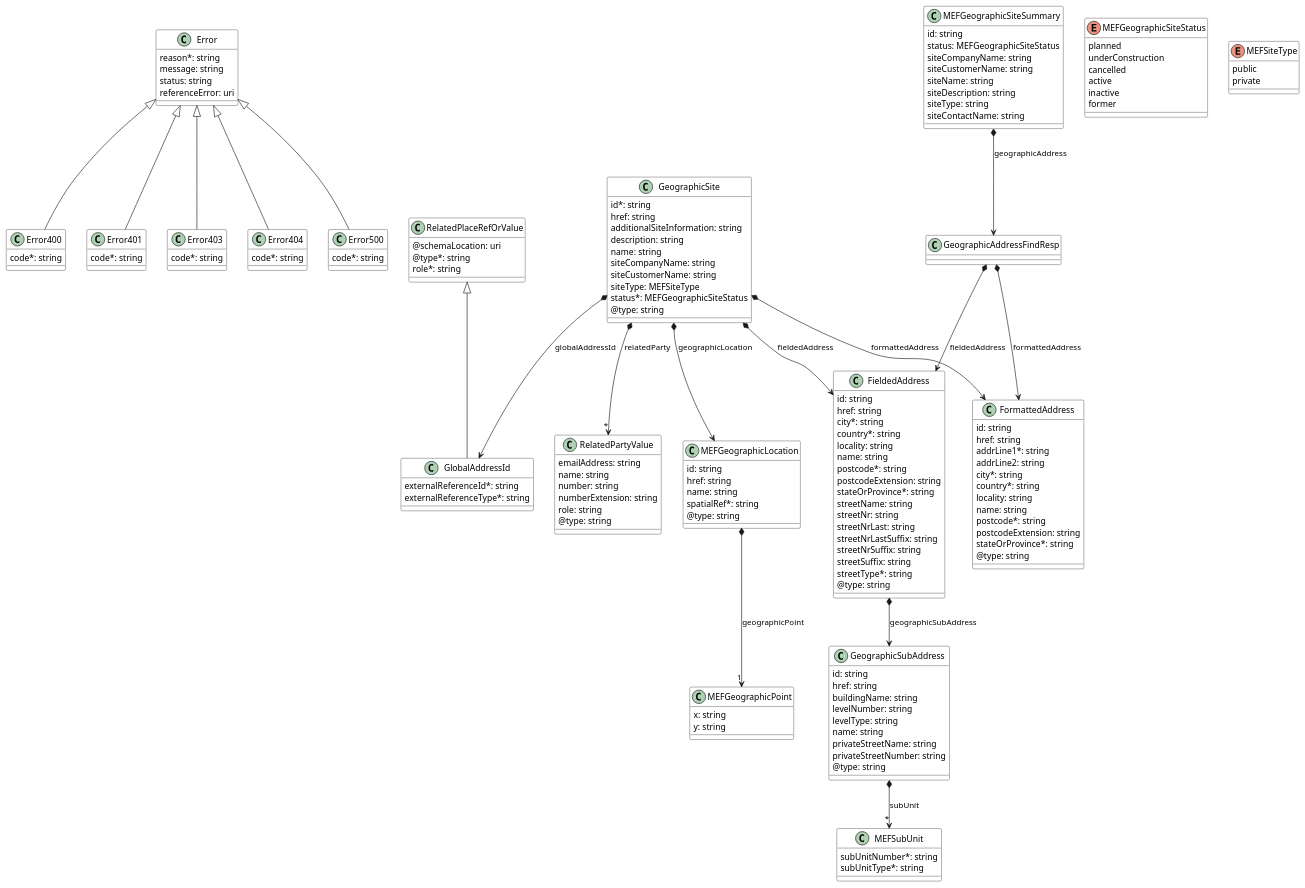
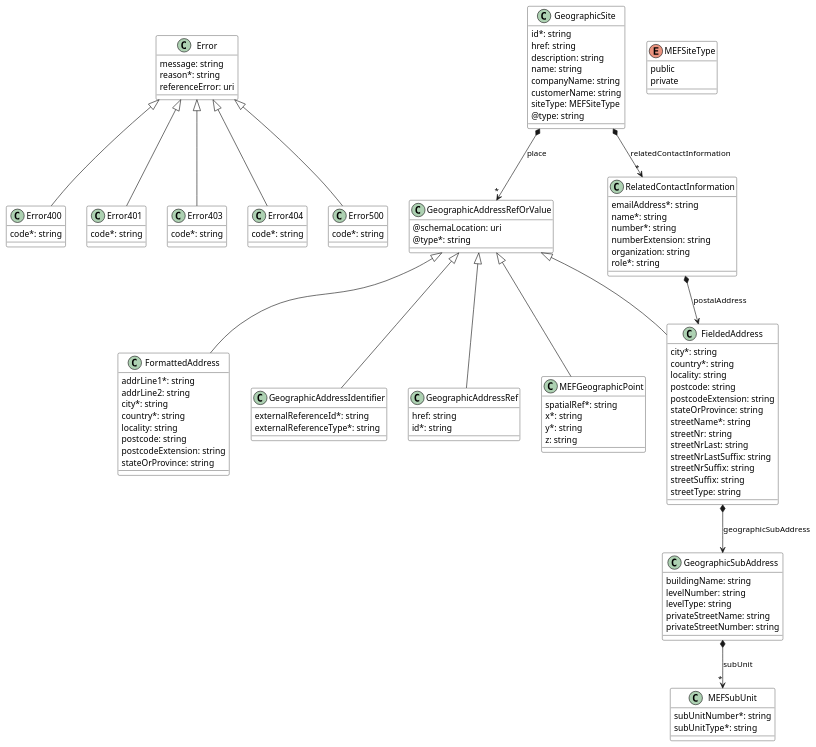
Before and after one commit to MEF-GIT/MEF-LSO-Sonata-SDK: the diagram in doc/uml/geographicSiteManagement.api.puml, drawn with PlantUML. The commit also changed 293 other files, not shown here.

```diff
--- a/doc/uml/geographicSiteManagement.api.puml
+++ b/doc/uml/geographicSiteManagement.api.puml
@@ -46,9 +46,8 @@
 
 class Error {
 
+    message: string 
     reason*: string 
-    message: string 
-    status: string 
     referenceError: uri 
 }
 
@@ -56,117 +55,102 @@
 
 class FieldedAddress {
 
-    id: string 
-    href: string 
     city*: string 
     country*: string 
     locality: string 
-    name: string 
-    postcode*: string 
+    postcode: string 
     postcodeExtension: string 
-    stateOrProvince*: string 
-    streetName: string 
+    stateOrProvince: string 
+    streetName*: string 
     streetNr: string 
     streetNrLast: string 
     streetNrLastSuffix: string 
     streetNrSuffix: string 
     streetSuffix: string 
-    streetType*: string 
-    @type: string 
+    streetType: string 
 }
+GeographicAddressRefOrValue <|-- FieldedAddress
 
 FieldedAddress *--> GeographicSubAddress : geographicSubAddress
 
 
 class FormattedAddress {
 
-    id: string 
-    href: string 
     addrLine1*: string 
     addrLine2: string 
     city*: string 
     country*: string 
     locality: string 
-    name: string 
-    postcode*: string 
+    postcode: string 
     postcodeExtension: string 
-    stateOrProvince*: string 
-    @type: string 
+    stateOrProvince: string 
 }
+GeographicAddressRefOrValue <|-- FormattedAddress
 
 
 
-class GeographicAddressFindResp {
+class GeographicAddressIdentifier {
 
+    externalReferenceId*: string 
+    externalReferenceType*: string 
+}
+GeographicAddressRefOrValue <|-- GeographicAddressIdentifier
+
+
+
+class GeographicAddressRef {
+
+    href: string 
+    id*: string 
+}
+GeographicAddressRefOrValue <|-- GeographicAddressRef
+
+
+
+class GeographicAddressRefOrValue {
+
+    @schemaLocation: uri 
+    @type*: string 
 }
 
-GeographicAddressFindResp *--> FieldedAddress : fieldedAddress
-GeographicAddressFindResp *--> FormattedAddress : formattedAddress
 
 
 class GeographicSite {
 
     id*: string 
     href: string 
-    additionalSiteInformation: string 
     description: string 
     name: string 
-    siteCompanyName: string 
-    siteCustomerName: string 
+    companyName: string 
+    customerName: string 
     siteType: MEFSiteType 
-    status*: MEFGeographicSiteStatus 
     @type: string 
 }
 
-GeographicSite *--> FieldedAddress : fieldedAddress
-GeographicSite *--> FormattedAddress : formattedAddress
-GeographicSite *--> MEFGeographicLocation : geographicLocation
-GeographicSite *--> GlobalAddressId : globalAddressId
-GeographicSite *-->"*" RelatedPartyValue : relatedParty
+GeographicSite *-->"*" GeographicAddressRefOrValue : place
+GeographicSite *-->"*" RelatedContactInformation : relatedContactInformation
 
 
 class GeographicSubAddress {
 
-    id: string 
-    href: string 
     buildingName: string 
     levelNumber: string 
     levelType: string 
-    name: string 
     privateStreetName: string 
     privateStreetNumber: string 
-    @type: string 
 }
 
 GeographicSubAddress *-->"*" MEFSubUnit : subUnit
 
 
-class GlobalAddressId {
-
-    externalReferenceId*: string 
-    externalReferenceType*: string 
-}
-RelatedPlaceRefOrValue <|-- GlobalAddressId
-
-
-
-class MEFGeographicLocation {
-
-    id: string 
-    href: string 
-    name: string 
-    spatialRef*: string 
-    @type: string 
-}
-
-MEFGeographicLocation *-->"1" MEFGeographicPoint : geographicPoint
-
-
 class MEFGeographicPoint {
 
-    x: string 
-    y: string 
+    spatialRef*: string 
+    x*: string 
+    y*: string 
+    z: string 
 }
+GeographicAddressRefOrValue <|-- MEFGeographicPoint
 
 
 
@@ -178,49 +162,17 @@
 
 
 
-class RelatedPartyValue {
+class RelatedContactInformation {
 
-    emailAddress: string 
-    name: string 
-    number: string 
+    emailAddress*: string 
+    name*: string 
+    number*: string 
     numberExtension: string 
-    role: string 
-    @type: string 
-}
-
-
-
-class RelatedPlaceRefOrValue {
-
-    @schemaLocation: uri 
-    @type*: string 
+    organization: string 
     role*: string 
 }
 
-
-
-enum MEFGeographicSiteStatus {
-
-    planned
-    underConstruction
-    cancelled
-    active
-    inactive
-    former
-}
-class MEFGeographicSiteSummary {
-
-    id: string 
-    status: MEFGeographicSiteStatus 
-    siteCompanyName: string 
-    siteCustomerName: string 
-    siteName: string 
-    siteDescription: string 
-    siteType: string 
-    siteContactName: string 
-}
-
-MEFGeographicSiteSummary *--> GeographicAddressFindResp : geographicAddress
+RelatedContactInformation *--> FieldedAddress : postalAddress
 
 
 enum MEFSiteType {
```
